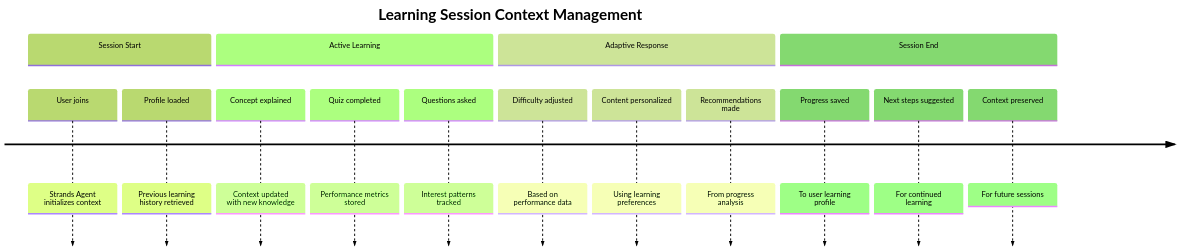
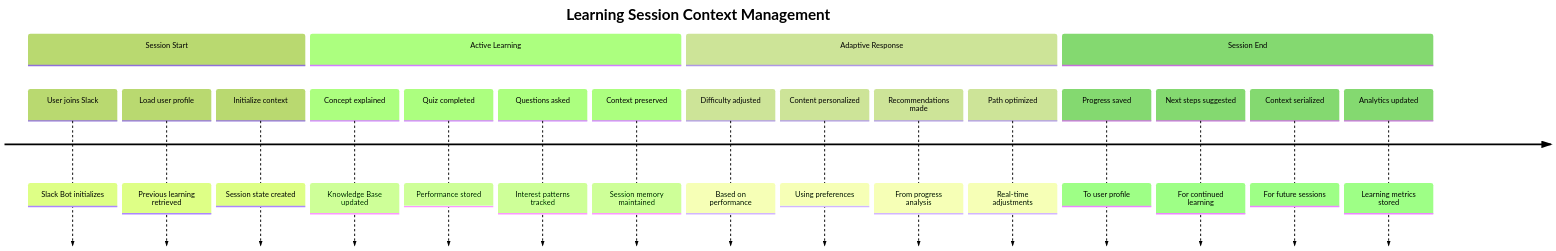
Before and after one commit to bkeelapudi/Adtech-tech-teaching-assistant: the ninth of 14 diagrams in blog_post.md, drawn with Mermaid (forest theme). The commit also changed other lines of this file, not shown here.

````diff
--- a/blog_post.md
+++ b/blog_post.md
@@ -404,23 +502,27 @@
 ```mermaid
 timeline
     title Learning Session Context Management
     
     section Session Start
-        User joins: Strands Agent initializes context
-        Profile loaded: Previous learning history retrieved
+        User joins Slack: Slack Bot initializes
+        Load user profile: Previous learning retrieved
+        Initialize context: Session state created
         
     section Active Learning
-        Concept explained: Context updated with new knowledge
-        Quiz completed: Performance metrics stored
+        Concept explained: Knowledge Base updated
+        Quiz completed: Performance stored
         Questions asked: Interest patterns tracked
+        Context preserved: Session memory maintained
         
     section Adaptive Response
-        Difficulty adjusted: Based on performance data
-        Content personalized: Using learning preferences
+        Difficulty adjusted: Based on performance
+        Content personalized: Using preferences
         Recommendations made: From progress analysis
+        Path optimized: Real-time adjustments
         
     section Session End
-        Progress saved: To user learning profile
+        Progress saved: To user profile
         Next steps suggested: For continued learning
-        Context preserved: For future sessions
+        Context serialized: For future sessions
+        Analytics updated: Learning metrics stored
 ```
````
